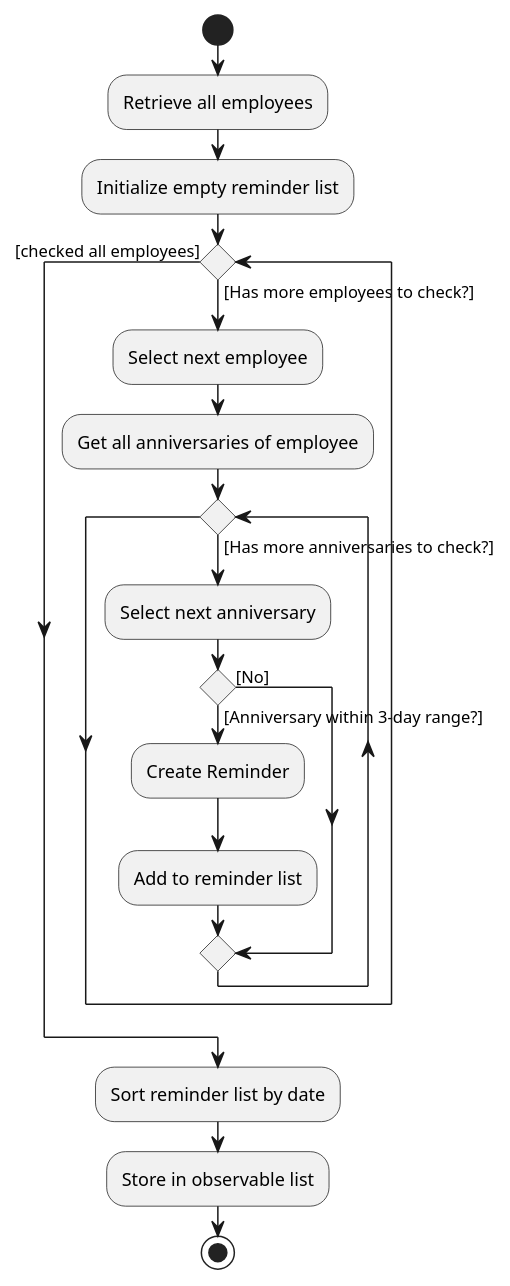
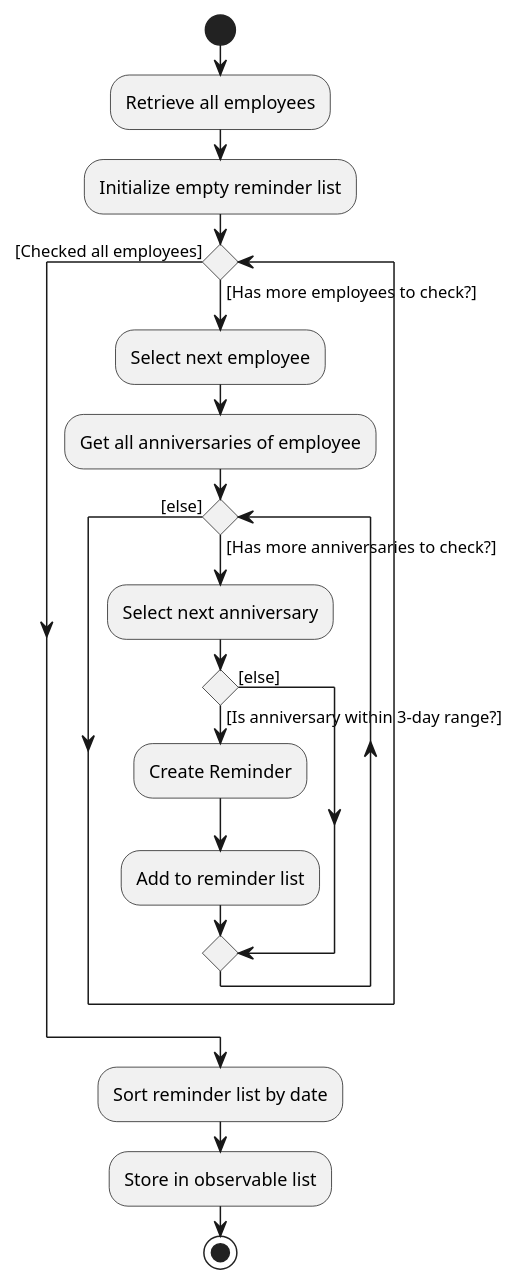
Before and after one commit to kimseunghyun-kr/tp: the diagram in docs/diagrams/ReminderActivityDiagram.puml, drawn with PlantUML. The commit also changed 4 other files, not shown here.

```diff
--- a/docs/diagrams/ReminderActivityDiagram.puml
+++ b/docs/diagrams/ReminderActivityDiagram.puml
@@ -1,26 +1,26 @@
 @startuml
 start
 
 :Retrieve all employees;
 :Initialize empty reminder list;
 
 while () is ([Has more employees to check?])
   :Select next employee;
   :Get all anniversaries of employee;
 
   while () is ([Has more anniversaries to check?])
     :Select next anniversary;
 
-    if () then ([Anniversary within 3-day range?])
+    if () then ([Is anniversary within 3-day range?])
       :Create Reminder;
       :Add to reminder list;
-    else ([No])
+    else ([else])
     endif
-  endwhile
-endwhile ([checked all employees])
+  endwhile ([else])
+endwhile ([Checked all employees])
 
 :Sort reminder list by date;
 :Store in observable list;
 
 stop
 @enduml
```
